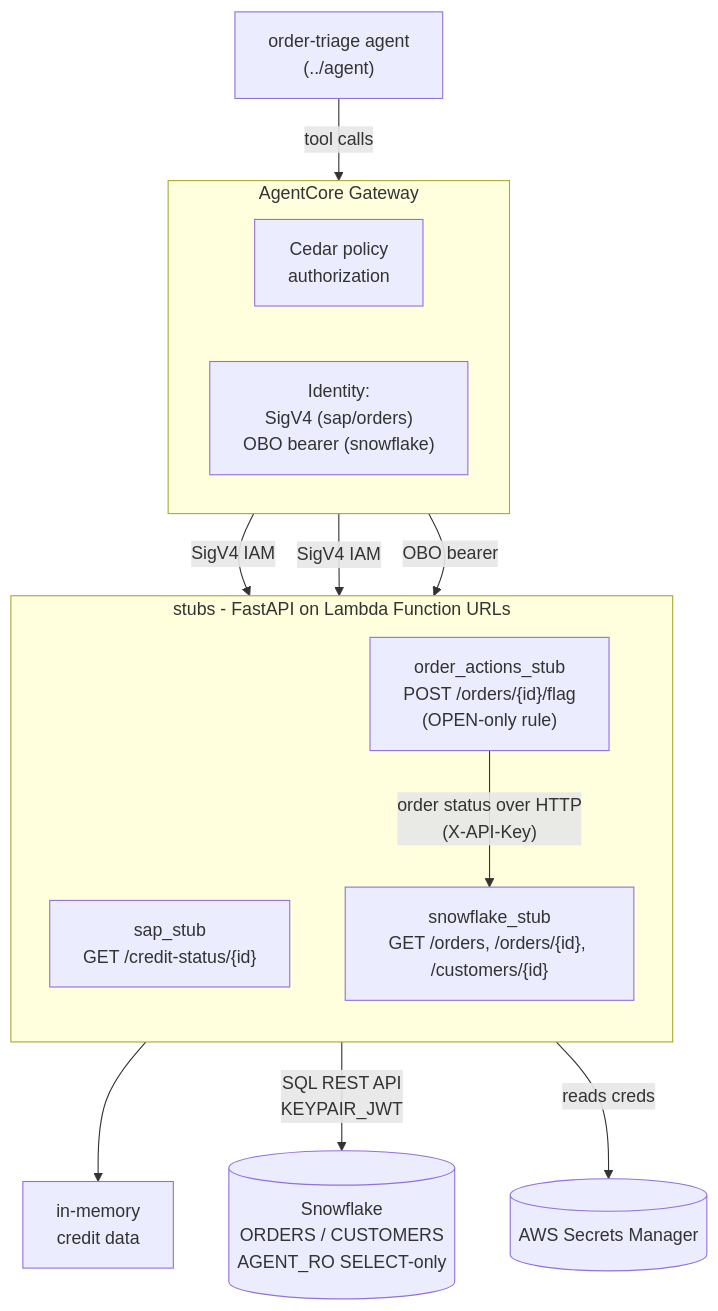
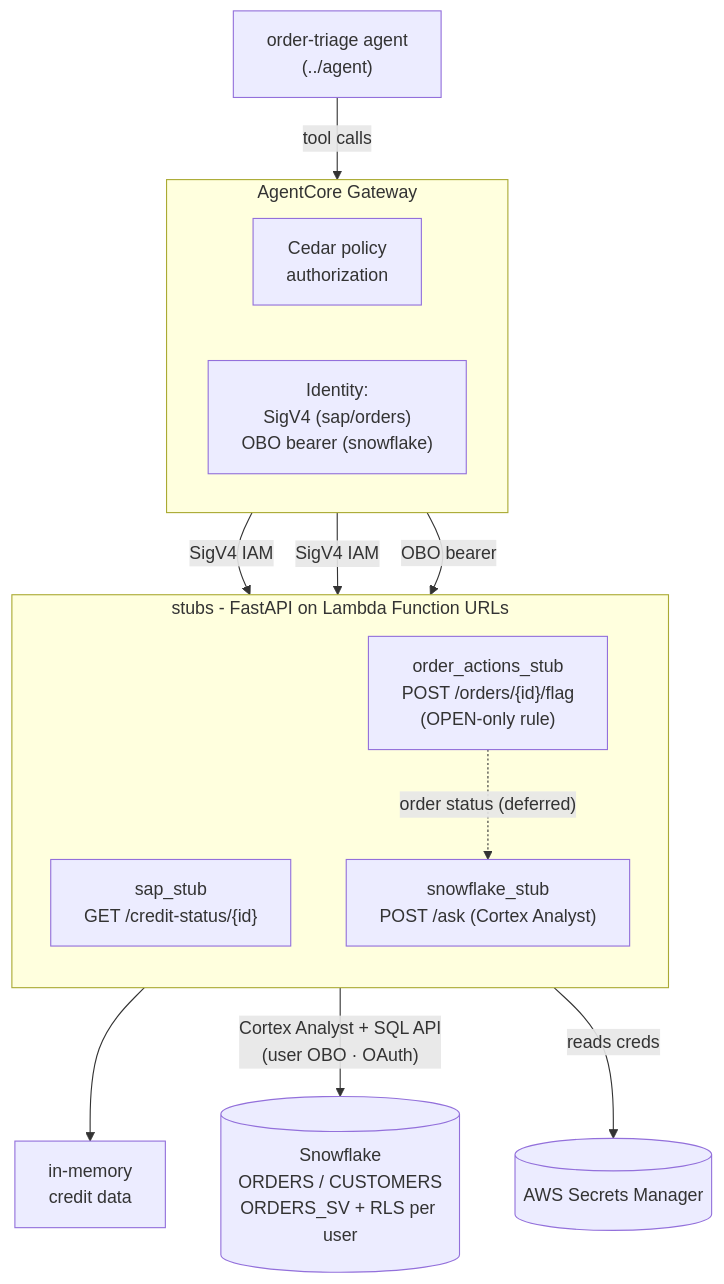
One commit to aniryou/bedrock-demo changed the first of 2 diagrams in stubs/README.md. Above: the diagram before and after it, drawn with Mermaid. The commit also changed other lines of this file and 10 other files, not shown here.

First line of the commit message:
feat: incorporate snowflake Cortex /ask + self-checking gateway contract

````diff
--- a/stubs/README.md
+++ b/stubs/README.md
@@ -88,28 +88,28 @@
 ```mermaid
 flowchart TB
     Agent["order-triage agent<br/>(../agent)"]
 
     subgraph GW["AgentCore Gateway"]
       direction LR
       Cedar["Cedar policy<br/>authorization"]
       Ident["Identity:<br/>SigV4 (sap/orders)<br/>OBO bearer (snowflake)"]
     end
 
     Agent -->|tool calls| GW
 
     subgraph Stubs["stubs - FastAPI on Lambda Function URLs"]
       direction TB
       SAP["sap_stub<br/>GET /credit-status/{id}"]
       ORD["order_actions_stub<br/>POST /orders/{id}/flag<br/>(OPEN-only rule)"]
-      SNOW["snowflake_stub<br/>GET /orders, /orders/{id}, /customers/{id}"]
+      SNOW["snowflake_stub<br/>POST /ask (Cortex Analyst)"]
     end
 
     GW -->|SigV4 IAM| SAP
     GW -->|SigV4 IAM| ORD
     GW -->|OBO bearer| SNOW
 
     SAP --> Mem["in-memory<br/>credit data"]
-    ORD -->|"order status over HTTP<br/>(X-API-Key)"| SNOW
-    SNOW -->|"SQL REST API<br/>KEYPAIR_JWT"| SF[("Snowflake<br/>ORDERS / CUSTOMERS<br/>AGENT_RO SELECT-only")]
+    ORD -.->|"order status (deferred)"| SNOW
+    SNOW -->|"Cortex Analyst + SQL API<br/>(user OBO · OAuth)"| SF[("Snowflake<br/>ORDERS / CUSTOMERS<br/>ORDERS_SV + RLS per user")]
     SNOW -->|"reads creds"| SM[("AWS Secrets Manager")]
 ```
````
